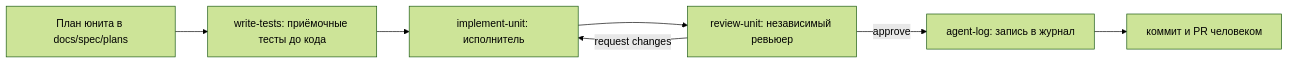
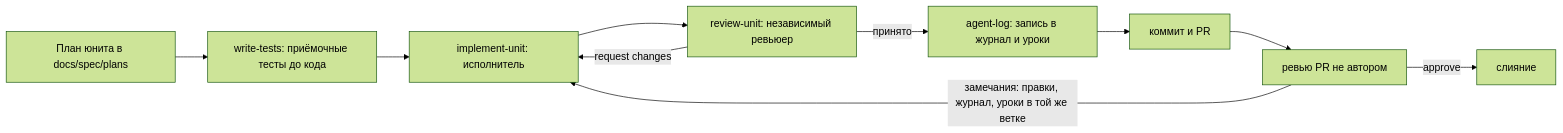
The diagram in docs/agent-process.md (Daniiltyhtin/campus-rating), drawn with Mermaid (forest theme) before and after one commit. The commit also changed other lines of this file and 12 other files, not shown here.

````diff
--- a/docs/agent-process.md
+++ b/docs/agent-process.md
@@ -7,9 +7,12 @@
 ```mermaid
 flowchart LR
   P[План юнита в docs/spec/plans] --> T[write-tests: приёмочные тесты до кода]
   T --> I[implement-unit: исполнитель]
   I --> R[review-unit: независимый ревьюер]
   R -->|request changes| I
-  R -->|approve| L[agent-log: запись в журнал]
-  L --> C[коммит и PR человеком]
+  R -->|принято| L[agent-log: запись в журнал и уроки]
+  L --> C[коммит и PR]
+  C --> V[ревью PR не автором]
+  V -->|замечания: правки, журнал, уроки в той же ветке| I
+  V -->|approve| M[слияние]
 ```
````
